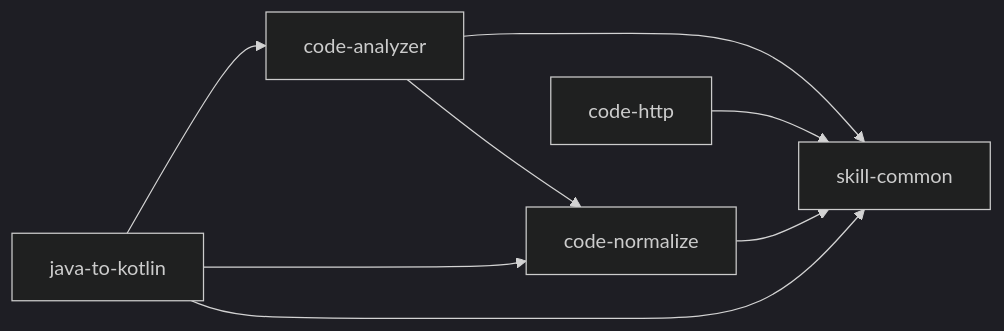
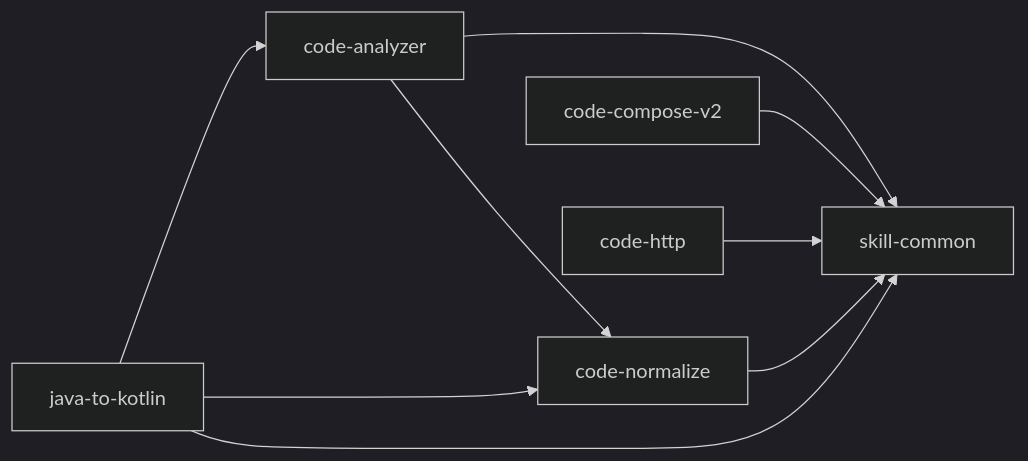
One commit to xjxlx/skills changed the diagram in github-manager/SKILLS_CATALOG.md. Above: the diagram before and after it, drawn with Mermaid (dark theme). The commit also changed other lines of this file and 40 other files, not shown here.

````diff
--- a/github-manager/SKILLS_CATALOG.md
+++ b/github-manager/SKILLS_CATALOG.md
@@ -22,10 +22,11 @@
 ```mermaid
 graph LR
   code-analyzer --> code-normalize
   code-analyzer --> skill-common
+  code-compose-v2 --> skill-common
   code-http --> skill-common
   code-normalize --> skill-common
   java-to-kotlin --> code-analyzer
   java-to-kotlin --> code-normalize
   java-to-kotlin --> skill-common
 ```
````
